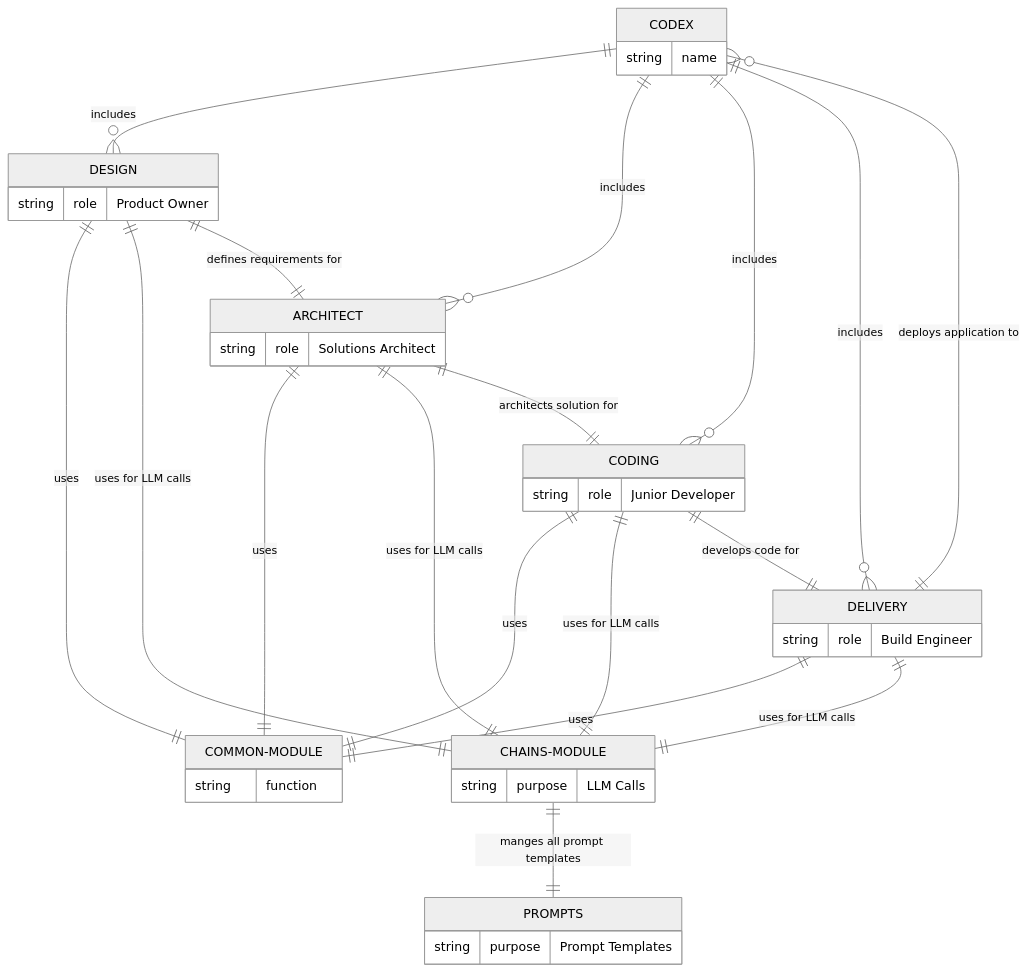
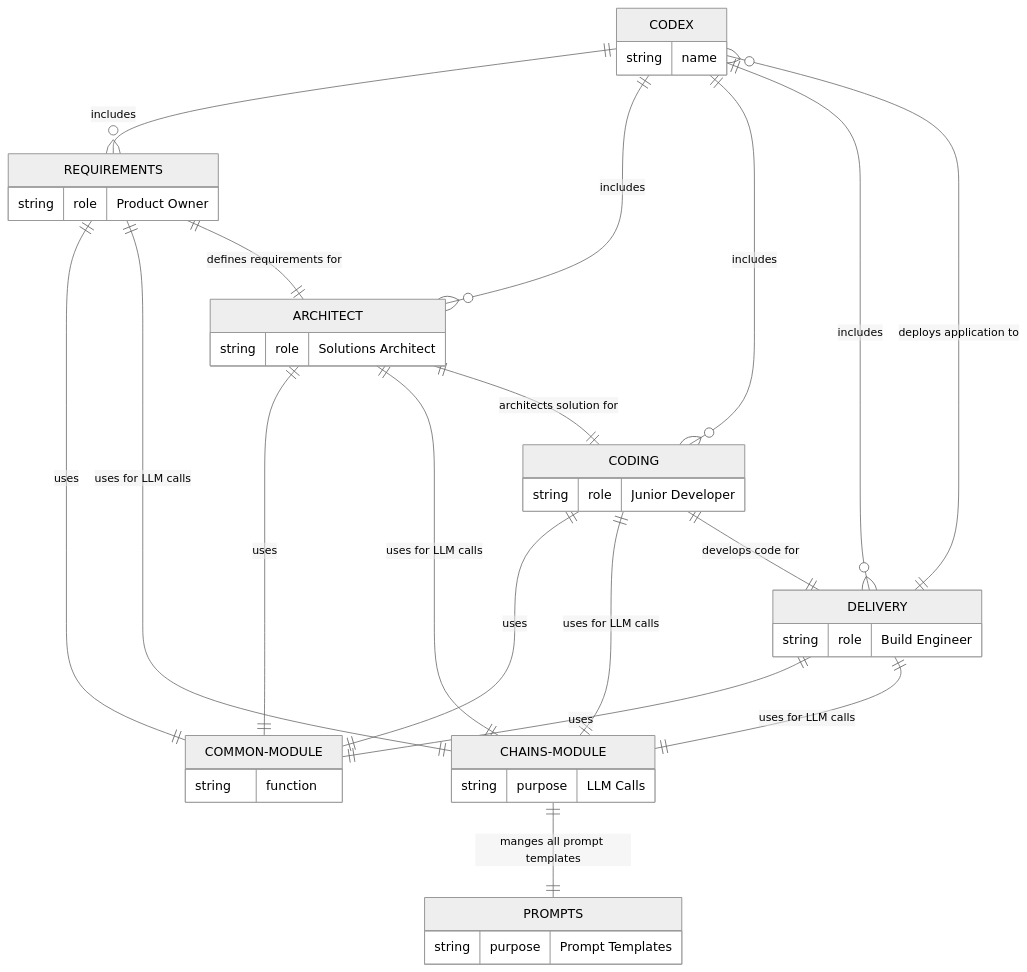
One commit to Significant-Gravitas/AutoGPT-Code-Ability changed the first of 3 diagrams in README.md. Above: the diagram before and after it, drawn with Mermaid (neutral theme). The commit also changed other lines of this file and 4 other files, not shown here.

Commit message:
Update component name from Design to Requirements Remove packager module

````diff
--- a/README.md
+++ b/README.md
@@ -31,46 +31,46 @@
 ```mermaid
 erDiagram
-    CODEX ||--o{ DESIGN : includes
+    CODEX ||--o{ REQUIREMENTS : includes
     CODEX ||--o{ ARCHITECT : includes
     CODEX ||--o{ CODING : includes
     CODEX ||--o{ DELIVERY : includes
-    DESIGN ||--|| COMMON-MODULE : uses
+    REQUIREMENTS ||--|| COMMON-MODULE : uses
     ARCHITECT ||--|| COMMON-MODULE : uses
     CODING ||--|| COMMON-MODULE : uses
     DELIVERY ||--|| COMMON-MODULE : uses
-    DESIGN ||--|| CHAINS-MODULE : "uses for LLM calls"
+    REQUIREMENTS ||--|| CHAINS-MODULE : "uses for LLM calls"
     ARCHITECT ||--|| CHAINS-MODULE : "uses for LLM calls"
     CODING ||--|| CHAINS-MODULE : "uses for LLM calls"
     DELIVERY ||--|| CHAINS-MODULE : "uses for LLM calls"
-    DESIGN ||--|| ARCHITECT : "defines requirements for"
+    REQUIREMENTS ||--|| ARCHITECT : "defines requirements for"
     ARCHITECT ||--|| CODING : "architects solution for"
     CODING ||--|| DELIVERY : "develops code for"
     DELIVERY ||--o{ CODEX : "deploys application to"
     CHAINS-MODULE ||--|| PROMPTS : "manges all prompt templates"
 
     CODEX {
         string name
     }
-    DESIGN {
+    REQUIREMENTS {
         string role "Product Owner"
     }
     ARCHITECT {
         string role "Solutions Architect"
     }
     CODING {
         string role "Junior Developer"
     }
     DELIVERY {
         string role "Build Engineer"
     }
     COMMON-MODULE {
         string function
     }
     CHAINS-MODULE {
         string purpose "LLM Calls"
     }
     PROMPTS {
         string purpose "Prompt Templates"
     }
 
 ```
````
